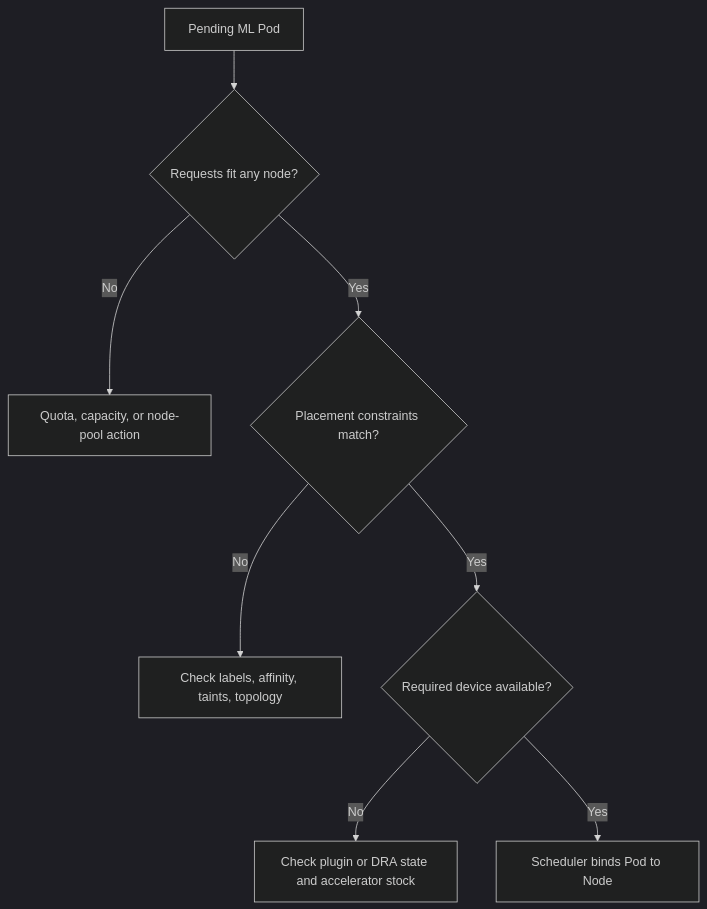
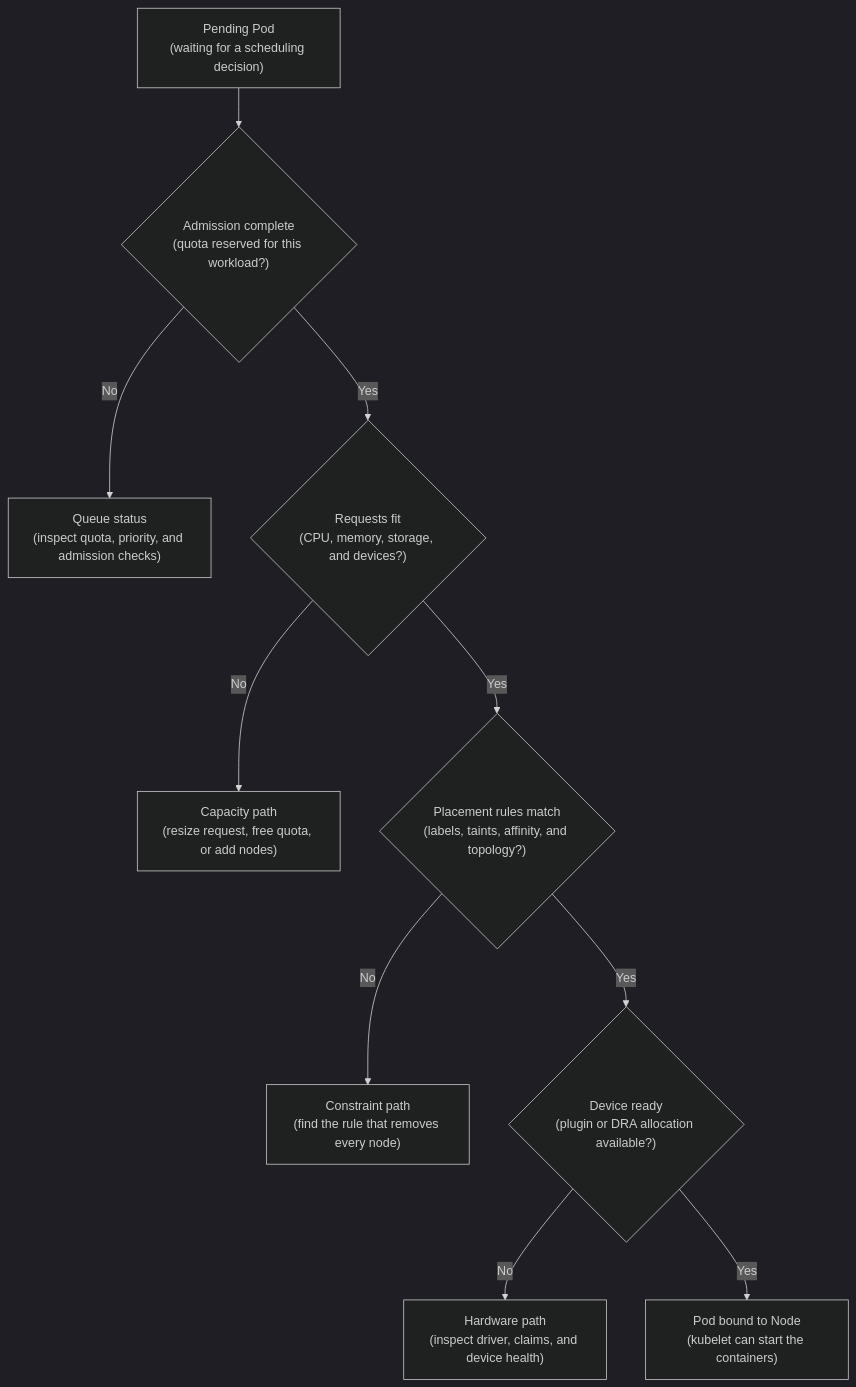
One commit to senlinyy/dev-roadmaps changed the fifth of 10 diagrams in roadmaps/mlops/modules/mlops-infrastructure/platforms/03-kubernetes-for-ml-workloads.md. Above: the diagram before and after it, drawn with Mermaid (dark theme). The commit also changed other lines of this file and 152 other files, not shown here.

Commit message:
feat: mlops and diagrams updated

````diff
--- a/roadmaps/mlops/modules/mlops-infrastructure/platforms/03-kubernetes-for-ml-workloads.md
+++ b/roadmaps/mlops/modules/mlops-infrastructure/platforms/03-kubernetes-for-ml-workloads.md
@@ -129,10 +338,12 @@
 ```mermaid
 flowchart TD
-    P["Pending ML Pod"] --> R{"Requests fit any node?"}
-    R -->|No| Q["Quota, capacity, or node-pool action"]
-    R -->|Yes| H{"Placement constraints match?"}
-    H -->|No| N["Check labels, affinity, taints, topology"]
-    H -->|Yes| D{"Required device available?"}
-    D -->|No| G["Check plugin or DRA state and accelerator stock"]
-    D -->|Yes| S["Scheduler binds Pod to Node"]
+    P["Pending Pod<br/>(waiting for a scheduling decision)"] --> A{"Admission complete<br/>(quota reserved for this workload?)"}
+    A -->|No| Q["Queue status<br/>(inspect quota, priority, and admission checks)"]
+    A -->|Yes| R{"Requests fit<br/>(CPU, memory, storage, and devices?)"}
+    R -->|No| C["Capacity path<br/>(resize request, free quota, or add nodes)"]
+    R -->|Yes| M{"Placement rules match<br/>(labels, taints, affinity, and topology?)"}
+    M -->|No| V["Constraint path<br/>(find the rule that removes every node)"]
+    M -->|Yes| D{"Device ready<br/>(plugin or DRA allocation available?)"}
+    D -->|No| H["Hardware path<br/>(inspect driver, claims, and device health)"]
+    D -->|Yes| B["Pod bound to Node<br/>(kubelet can start the containers)"]
 ```
````
